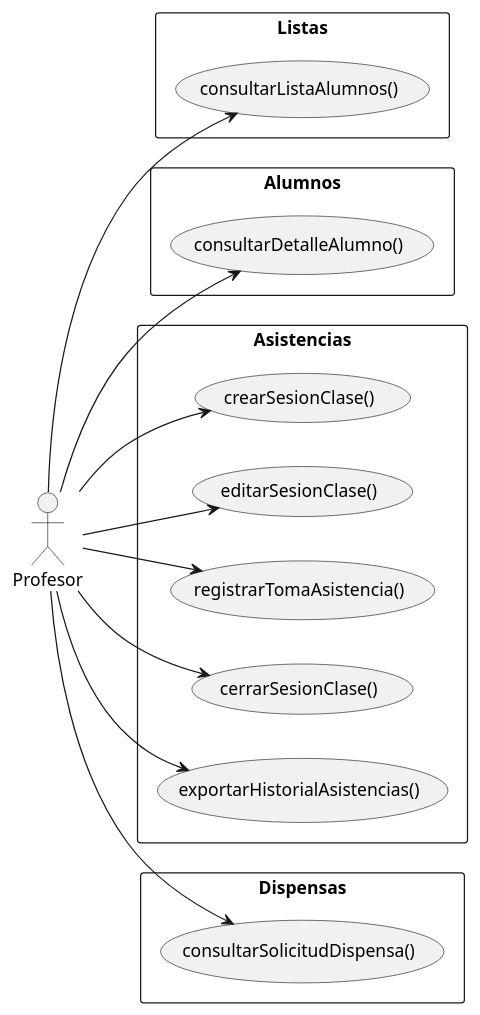
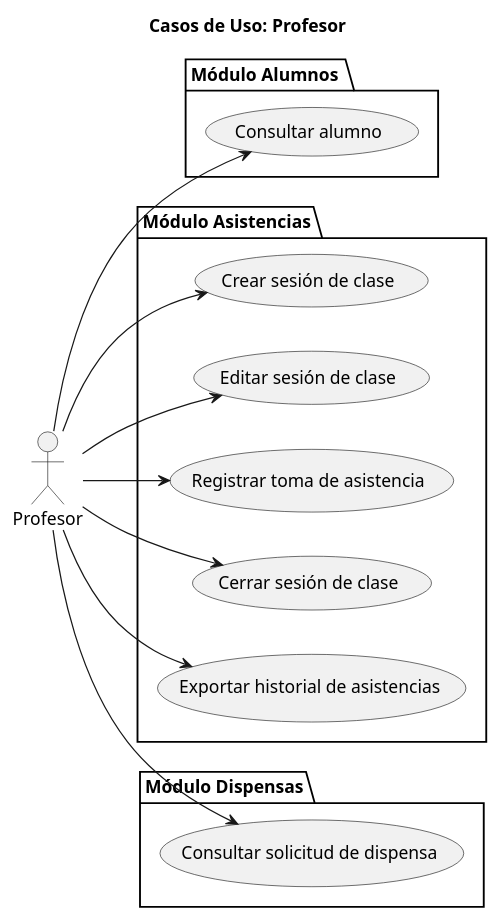
One commit to enmabry/25-26-IdSw1-SdR changed the diagram in documents/CasosDeUso/CasoDeUso/Profesor/Profesor.puml. Above: the diagram before and after it, drawn with PlantUML. The commit also changed 21 other files, not shown here.

```diff
--- a/documents/CasosDeUso/CasoDeUso/Profesor/Profesor.puml
+++ b/documents/CasosDeUso/CasoDeUso/Profesor/Profesor.puml
@@ -1,40 +1,33 @@
 @startuml
+Title Casos de Uso: Profesor
 left to right direction
-skinparam packageStyle rectangle
+skinparam style strictuml
 
 actor Profesor
 
-    package "Listas" {
-        usecase "consultarListaAlumnos()" as ListasConsultarLista
-    }
+package "Módulo Alumnos " {
+    usecase "Consultar alumno" as AlumnosConsultar
+}
 
-    package "Alumnos" {
-        usecase "consultarDetalleAlumno()"  as AlumnosConsultarDetalle
-    }
+package "Módulo Asistencias" {
+    usecase "Crear sesión de clase" as AsistenciasCrearSesion
+    usecase "Editar sesión de clase" as AsistenciasEditarSesion
+    usecase "Registrar toma de asistencia" as AsistenciasRegistrarToma
+    usecase "Cerrar sesión de clase" as AsistenciasCerrarSesion
+    usecase "Exportar historial de asistencias" as AsistenciasExportarHistorial
+}
 
-    package "Asistencias" {
-        usecase "crearSesionClase()"          as AsistenciasCrearSesion
-        usecase "editarSesionClase()"         as AsistenciasEditarSesion
-        usecase "registrarTomaAsistencia()"   as AsistenciasRegistrarToma
-        usecase "cerrarSesionClase()"         as AsistenciasCerrarSesion
-        usecase "exportarHistorialAsistencias()" as AsistenciasExportarHistorial
-    }
+package "Módulo Dispensas" {
+    usecase "Consultar solicitud de dispensa" as DispensasConsultar
+}
 
-    package "Dispensas" {
-        usecase "consultarSolicitudDispensa()" as DispensasConsultar
-    }
+Profesor --> AlumnosConsultar
 
-    Profesor --> ListasConsultarLista
+Profesor --> AsistenciasCrearSesion
+Profesor --> AsistenciasEditarSesion
+Profesor --> AsistenciasRegistrarToma
+Profesor --> AsistenciasCerrarSesion
+Profesor --> AsistenciasExportarHistorial
 
-    Profesor --> AlumnosConsultarDetalle
-
-    Profesor --> AsistenciasCrearSesion
-    Profesor --> AsistenciasEditarSesion
-    Profesor --> AsistenciasRegistrarToma
-    Profesor --> AsistenciasCerrarSesion
-    Profesor --> AsistenciasExportarHistorial
-
-    Profesor --> DispensasConsultar
-
-
+Profesor --> DispensasConsultar
 @enduml
```
